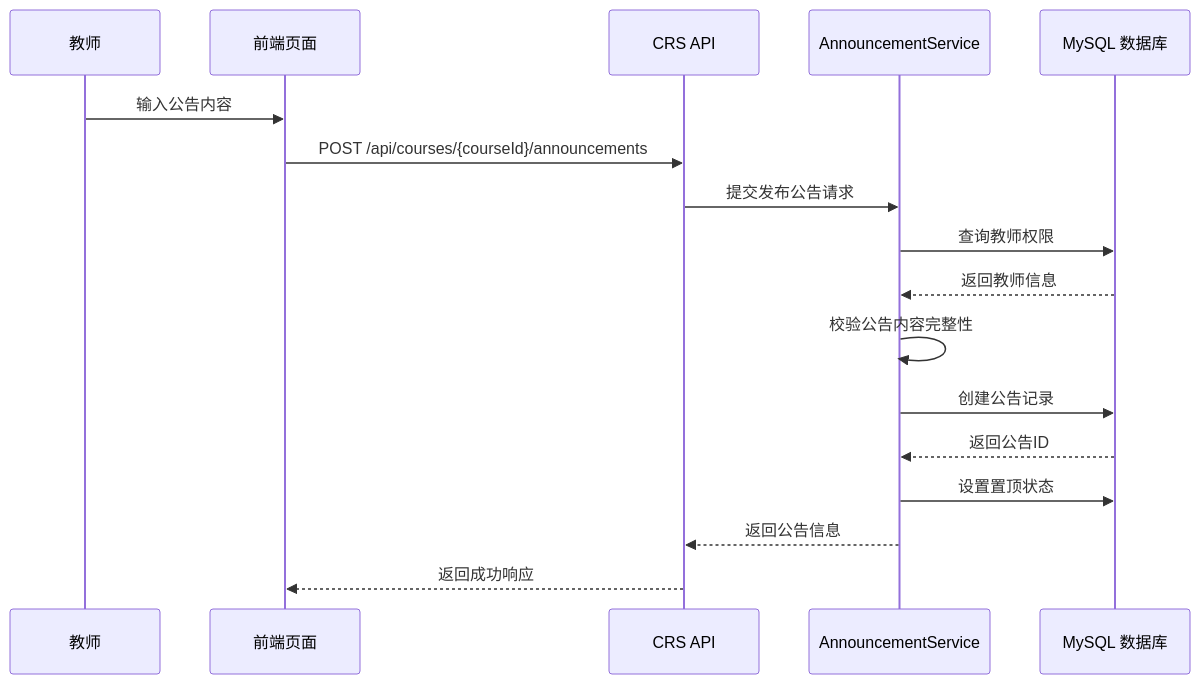
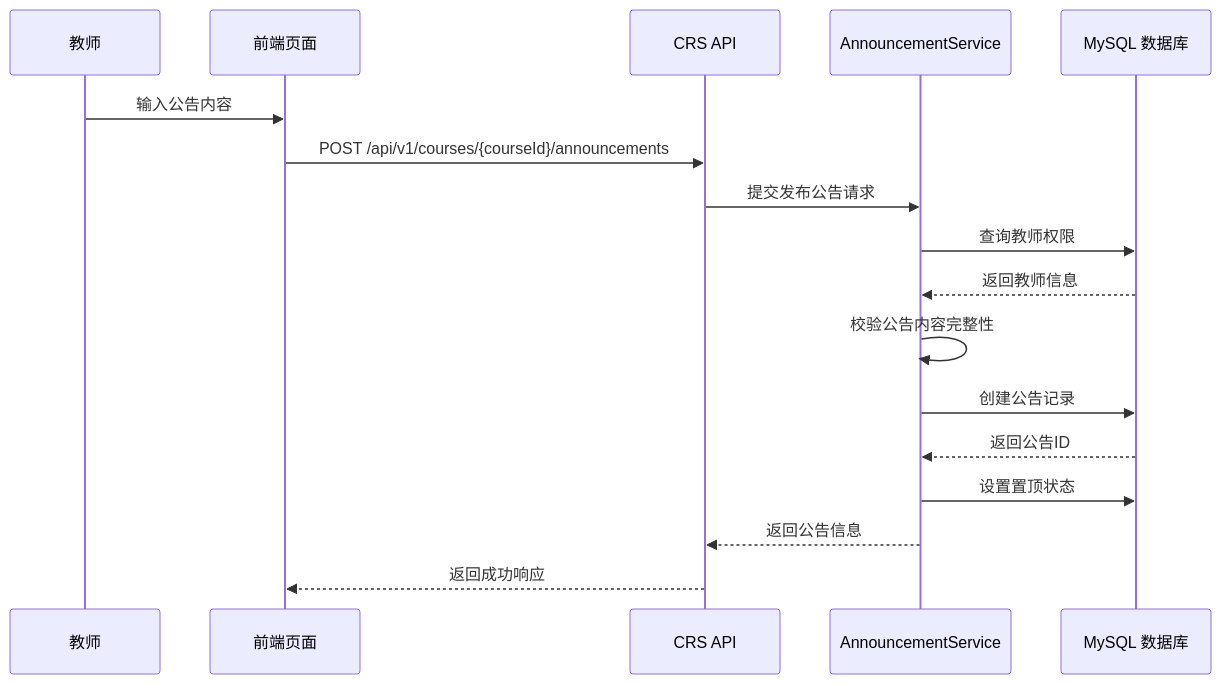
Diagram 14 of 47 in docs/最终提交/软件详细设计说明书.md (Cr4zyorange/OnlineJudge), drawn with Mermaid before and after one commit. The commit also changed other lines of this file, not shown here.

````diff
--- a/docs/最终提交/软件详细设计说明书.md
+++ b/docs/最终提交/软件详细设计说明书.md
@@ -1221,19 +1222,19 @@
 ```mermaid
 sequenceDiagram
   participant T as 教师
   participant P as 前端页面
   participant A as CRS API
   participant AS as AnnouncementService
   participant D as MySQL 数据库
   T->>P: 输入公告内容
-  P->>A: POST /api/courses/{courseId}/announcements
+  P->>A: POST /api/v1/courses/{courseId}/announcements
   A->>AS: 提交发布公告请求
   AS->>D: 查询教师权限
   D-->>AS: 返回教师信息
   AS->>AS: 校验公告内容完整性
   AS->>D: 创建公告记录
   D-->>AS: 返回公告ID
   AS->>D: 设置置顶状态
   AS-->>A: 返回公告信息
   A-->>P: 返回成功响应
 ```
````
